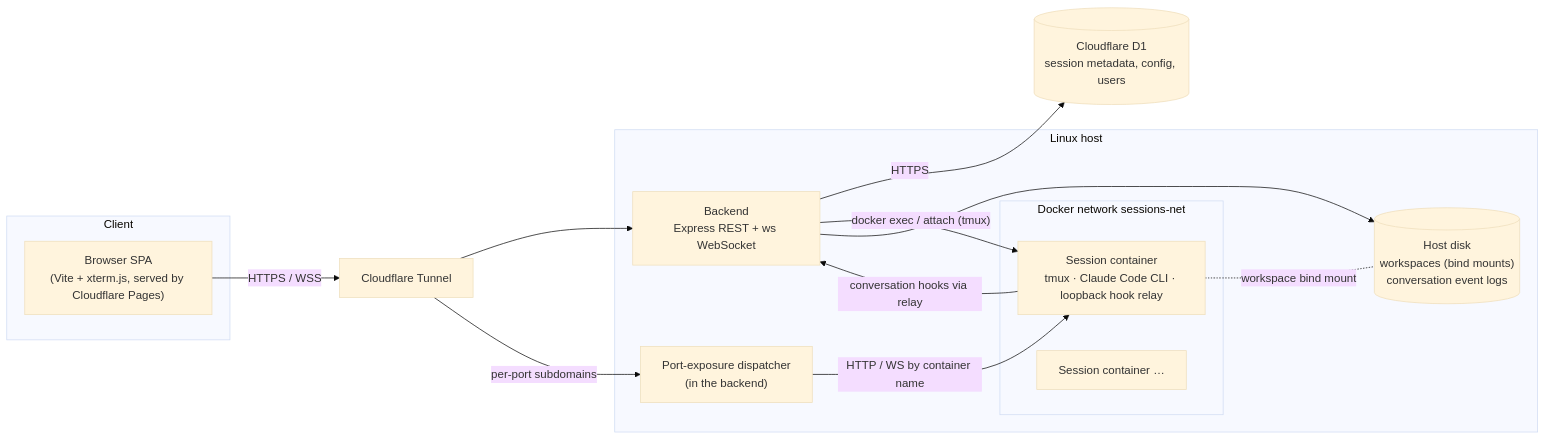
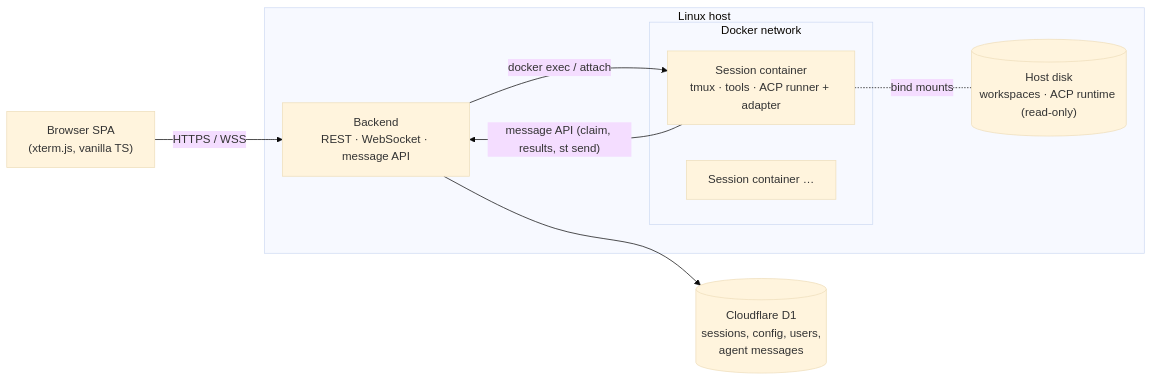
One commit to gatof81/shared-terminal changed the diagram in README.md. Above: the diagram before and after it, drawn with Mermaid (base theme). The commit also changed other lines of this file and 7 other files, not shown here.

First line of the commit message:
docs: README for the ACP direction; ACP agents doc; API/deploy/security aligned

````diff
--- a/README.md
+++ b/README.md
@@ -111,26 +137,17 @@
 ```mermaid
 flowchart LR
-  subgraph Client
-    B["Browser SPA<br/>(Vite + xterm.js, served by Cloudflare Pages)"]
-  end
-  T["Cloudflare Tunnel"]
-  D1[("Cloudflare D1<br/>session metadata, config, users")]
+  B["Browser SPA<br/>(xterm.js, vanilla TS)"] -- "HTTPS / WSS" --> BE
   subgraph Host["Linux host"]
-    BE["Backend<br/>Express REST + ws WebSocket"]
-    PD["Port-exposure dispatcher<br/>(in the backend)"]
-    FS[("Host disk<br/>workspaces (bind mounts)<br/>conversation event logs")]
-    subgraph NET["Docker network sessions-net"]
-      C1["Session container<br/>tmux · Claude Code CLI · loopback hook relay"]
+    BE["Backend<br/>REST · WebSocket · message API"]
+    FS[("Host disk<br/>workspaces · ACP runtime (read-only)")]
+    subgraph NET["Docker network"]
+      C1["Session container<br/>tmux · tools · ACP runner + adapter"]
       C2["Session container …"]
     end
   end
-  B -- "HTTPS / WSS" --> T
-  T --> BE
-  T -- "per-port subdomains" --> PD
-  BE -- "HTTPS" --> D1
-  BE -- "docker exec / attach (tmux)" --> C1
-  PD -- "HTTP / WS by container name" --> C1
-  C1 -- "conversation hooks via relay" --> BE
-  BE --> FS
-  C1 -. "workspace bind mount" .- FS
+  D1[("Cloudflare D1<br/>sessions, config, users,<br/>agent messages")]
+  BE -- "docker exec / attach" --> C1
+  C1 -- "message API (claim, results, st send)" --> BE
+  BE --> D1
+  C1 -. "bind mounts" .- FS
 ```
````
